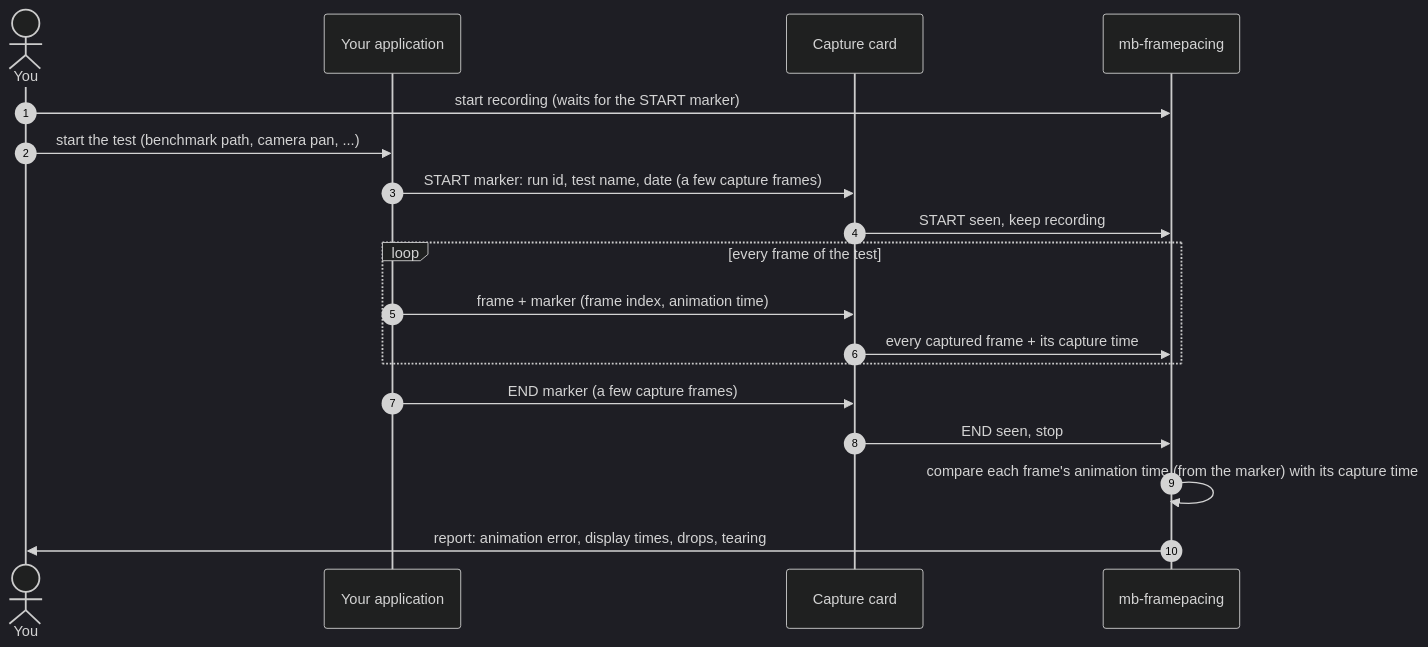
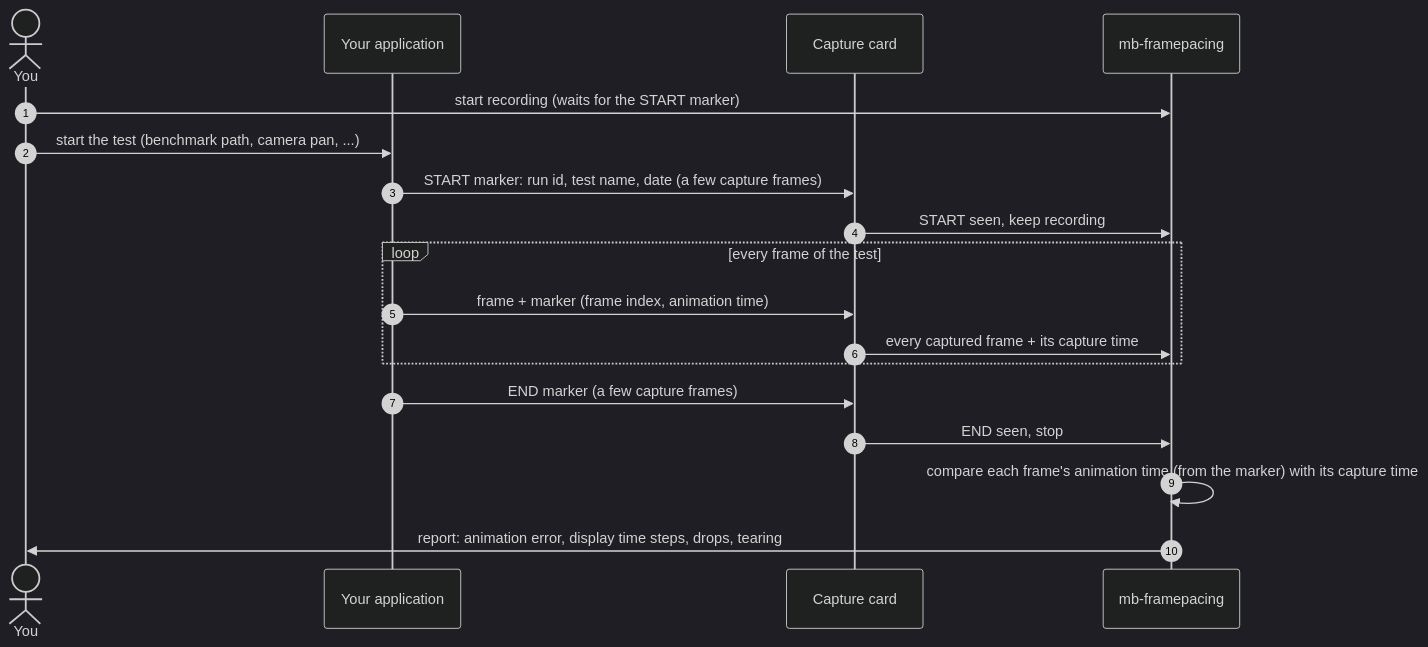
Before and after one commit to Unarmed1000/mb-framepacing: the second of 4 diagrams in README.md, drawn with Mermaid (dark theme). The commit also changed other lines of this file and 33 other files, not shown here.

Commit message:
Vocabulary: display time step for how long a frame stayed on screen (after mb-framepacing-explained), display time for the moment it appeared; GUI, CLI, charts and chart files (display-time-step-histogram), docs and doc images

````diff
--- a/README.md
+++ b/README.md
@@ -134,20 +134,20 @@
 ```mermaid
 sequenceDiagram
     autonumber
     actor You
     participant App as Your application
     participant Card as Capture card
     participant Tool as mb-framepacing
     You->>Tool: start recording (waits for the START marker)
     You->>App: start the test (benchmark path, camera pan, ...)
     App->>Card: START marker: run id, test name, date (a few capture frames)
     Card->>Tool: START seen, keep recording
     loop every frame of the test
         App->>Card: frame + marker (frame index, animation time)
         Card->>Tool: every captured frame + its capture time
     end
     App->>Card: END marker (a few capture frames)
     Card->>Tool: END seen, stop
     Tool->>Tool: compare each frame's animation time (from the marker) with its capture time
-    Tool->>You: report: animation error, display times, drops, tearing
+    Tool->>You: report: animation error, display time steps, drops, tearing
 ```
````
